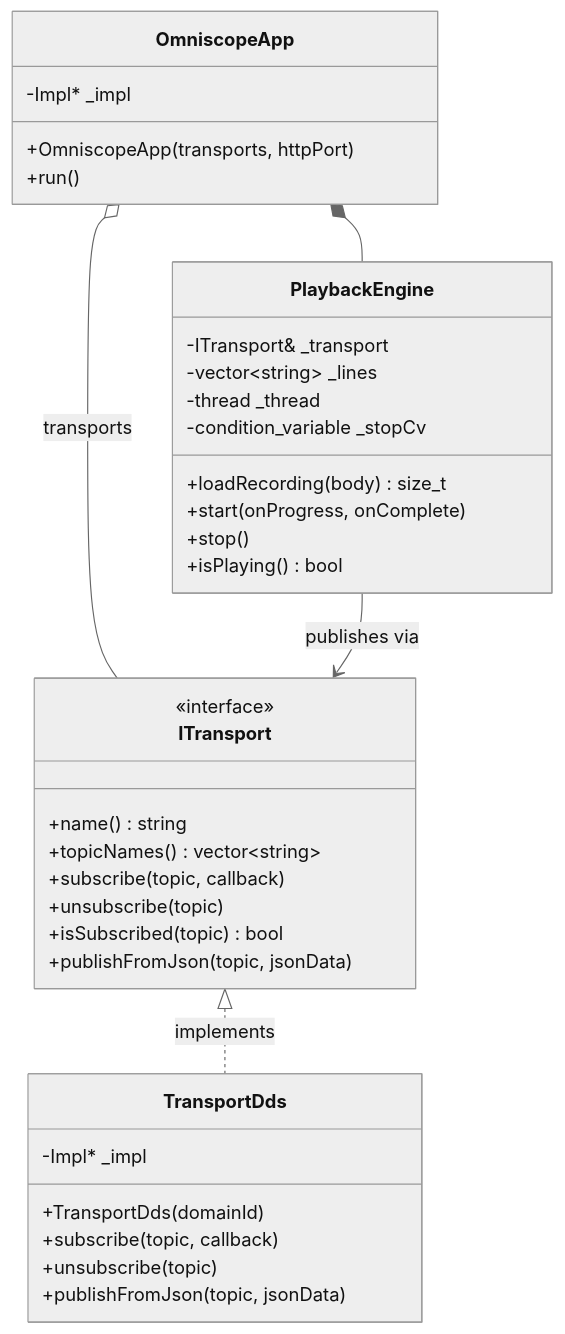
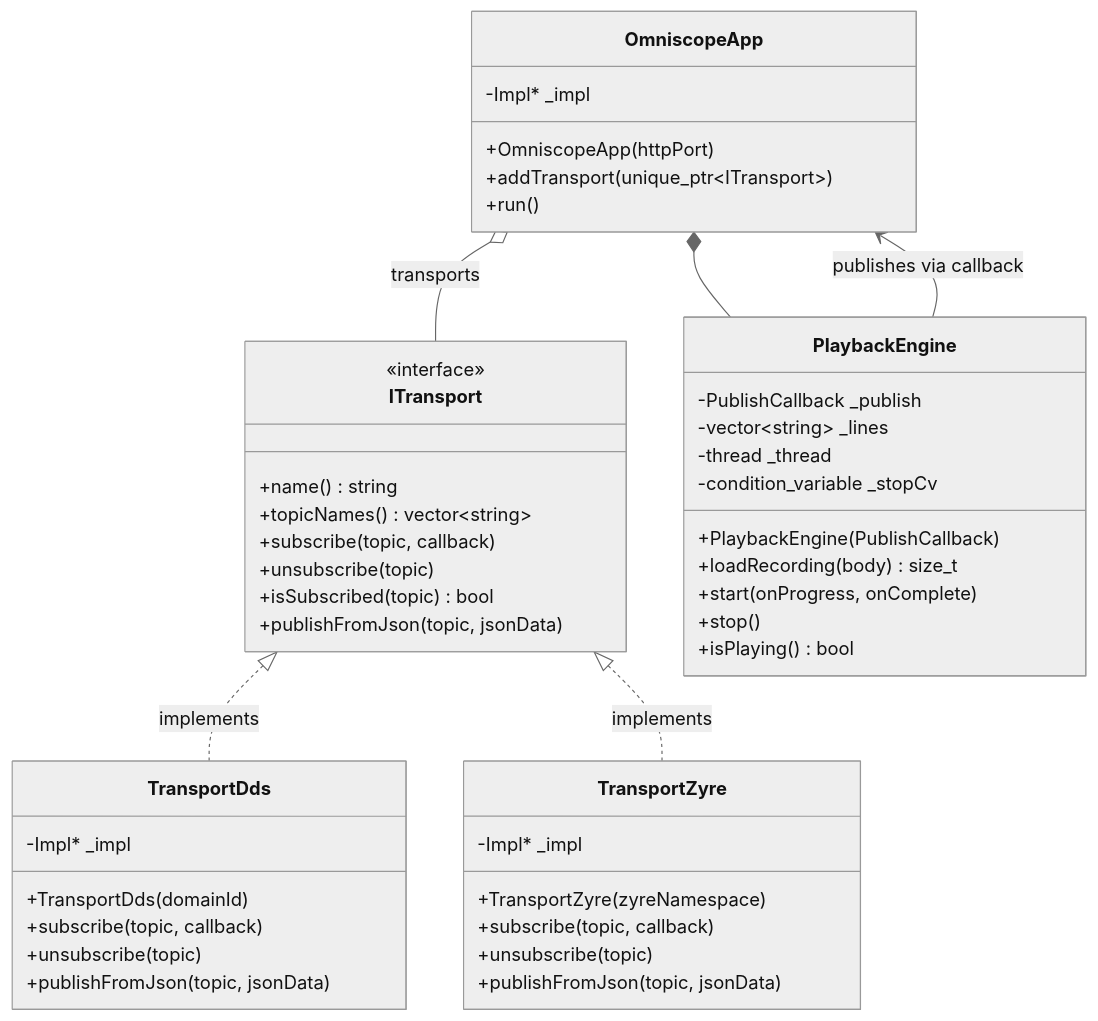
One commit to sfestenstein/StarterCpp changed the second of 5 diagrams in src/apps/Omniscope/DESIGN.md. Above: the diagram before and after it, drawn with Mermaid (neutral theme). The commit also changed other lines of this file and 16 other files, not shown here.

Commit message:
Adding Zyre topics to omniscope

````diff
--- a/src/apps/Omniscope/DESIGN.md
+++ b/src/apps/Omniscope/DESIGN.md
@@ -52,42 +62,53 @@
 ```mermaid
 classDiagram
     class ITransport {
         <<interface>>
         +name() string
         +topicNames() vector~string~
         +subscribe(topic, callback)
         +unsubscribe(topic)
         +isSubscribed(topic) bool
         +publishFromJson(topic, jsonData)
     }
 
     class TransportDds {
         -Impl* _impl
         +TransportDds(domainId)
         +subscribe(topic, callback)
         +unsubscribe(topic)
         +publishFromJson(topic, jsonData)
     }
 
+    class TransportZyre {
+        -Impl* _impl
+        +TransportZyre(zyreNamespace)
+        +subscribe(topic, callback)
+        +unsubscribe(topic)
+        +publishFromJson(topic, jsonData)
+    }
+
     class OmniscopeApp {
         -Impl* _impl
-        +OmniscopeApp(transports, httpPort)
+        +OmniscopeApp(httpPort)
+        +addTransport(unique_ptr~ITransport~)
         +run()
     }
 
     class PlaybackEngine {
-        -ITransport& _transport
+        -PublishCallback _publish
         -vector~string~ _lines
         -thread _thread
         -condition_variable _stopCv
+        +PlaybackEngine(PublishCallback)
         +loadRecording(body) size_t
         +start(onProgress, onComplete)
         +stop()
         +isPlaying() bool
     }
 
     ITransport <|.. TransportDds : implements
+    ITransport <|.. TransportZyre : implements
     OmniscopeApp o-- ITransport : transports
     OmniscopeApp *-- PlaybackEngine
-    PlaybackEngine --> ITransport : publishes via
+    PlaybackEngine --> OmniscopeApp : publishes via callback
 ```
````
